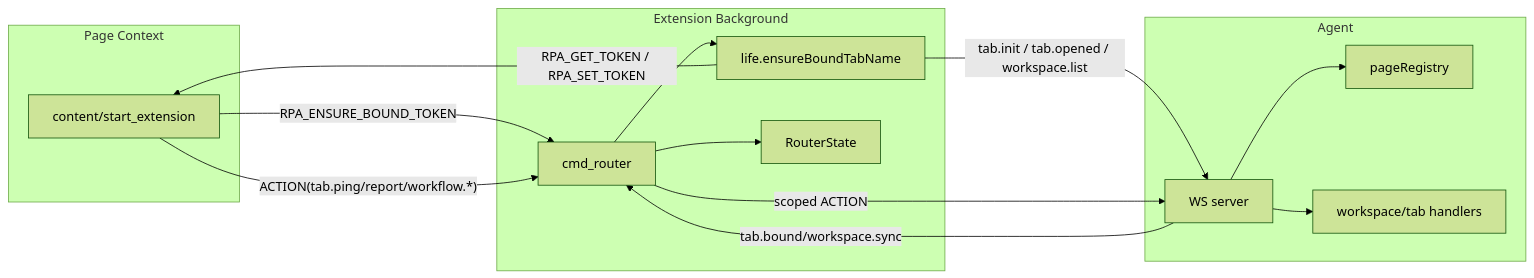
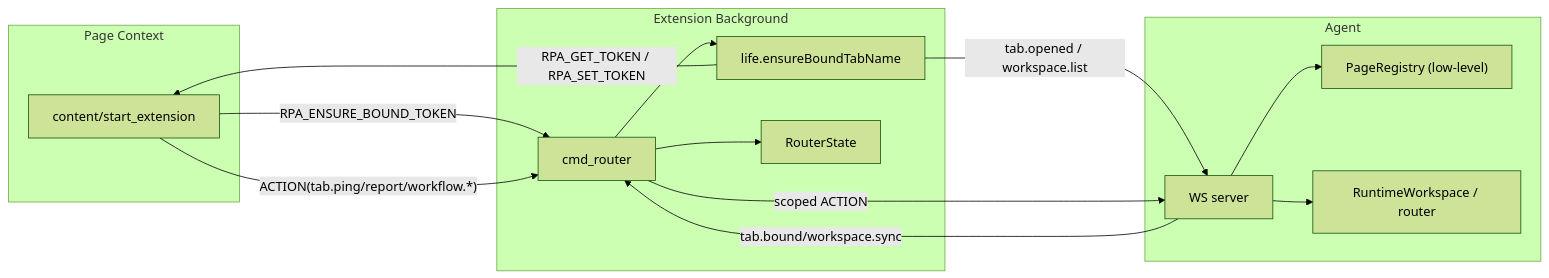
Before and after one commit to Aromatic05/rpa-browser: the first of 3 diagrams in docs/Runtime/WorkspaceAndTab.md, drawn with Mermaid (forest theme). The commit also changed other lines of this file and 12 other files, not shown here.

````diff
--- a/docs/Runtime/WorkspaceAndTab.md
+++ b/docs/Runtime/WorkspaceAndTab.md
@@ -63,29 +66,29 @@
 ```mermaid
 flowchart LR
   subgraph PAGE["Page Context"]
     C["content/start_extension"]
   end
 
   subgraph BG["Extension Background"]
     R["cmd_router"]
     L["life.ensureBoundTabName"]
     S["RouterState"]
   end
 
   subgraph AG["Agent"]
     W["WS server"]
-    P["pageRegistry"]
-    H["workspace/tab handlers"]
+    P["PageRegistry (low-level)"]
+    H["RuntimeWorkspace / router"]
   end
 
   C -- "RPA_ENSURE_BOUND_TOKEN" --> R
   R --> L
   L -- "RPA_GET_TOKEN / RPA_SET_TOKEN" --> C
-  L -- "tab.init / tab.opened / workspace.list" --> W
+  L -- "tab.opened / workspace.list" --> W
   C -- "ACTION(tab.ping/report/workflow.*)" --> R
   R -- "scoped ACTION" --> W
   W --> P
   W --> H
   W -- "tab.bound/workspace.sync" --> R
   R --> S
 ```
````
